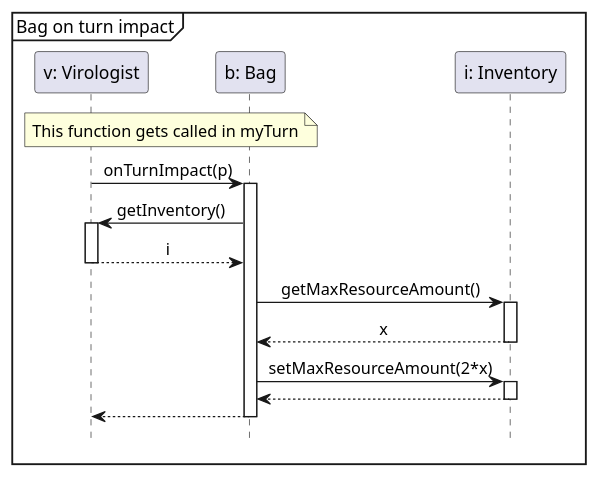
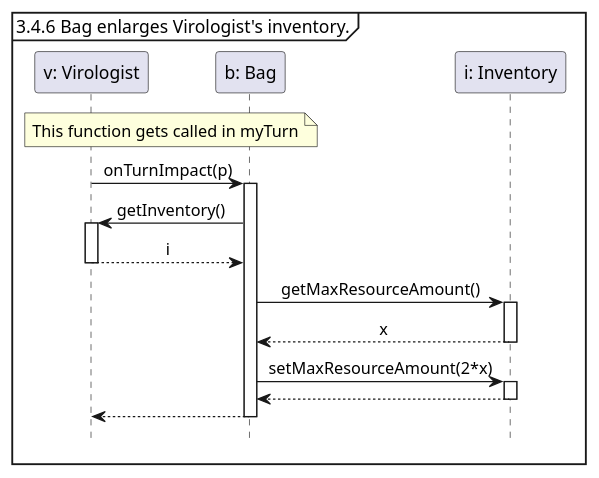
Before and after one commit to Tschonti/503-service-unavailable: the diagram in docs/seqDiagrams/05bagOnTurnImpact.puml, drawn with PlantUML. The commit also changed 9 other files, not shown here.

```diff
--- a/docs/seqDiagrams/05bagOnTurnImpact.puml
+++ b/docs/seqDiagrams/05bagOnTurnImpact.puml
@@ -1,22 +1,22 @@
 @startuml
 'https://plantuml.com/sequence-diagram
 
 hide footbox
 skinparam sequenceMessageAlign center
 
-mainframe Bag on turn impact
+mainframe 3.4.6 Bag enlarges Virologist's inventory.
 
 participant "v: Virologist" as v
 participant "b: Bag" as b
 participant "i: Inventory" as i
 
 note over v, b : This function gets called in myTurn
 v -> b ++ : onTurnImpact(p)
     b -> v ++ : getInventory()
     return i
     b -> i ++ : getMaxResourceAmount()
     return x
     b -> i ++ : setMaxResourceAmount(2*x)
     return
 return
 @enduml
```
